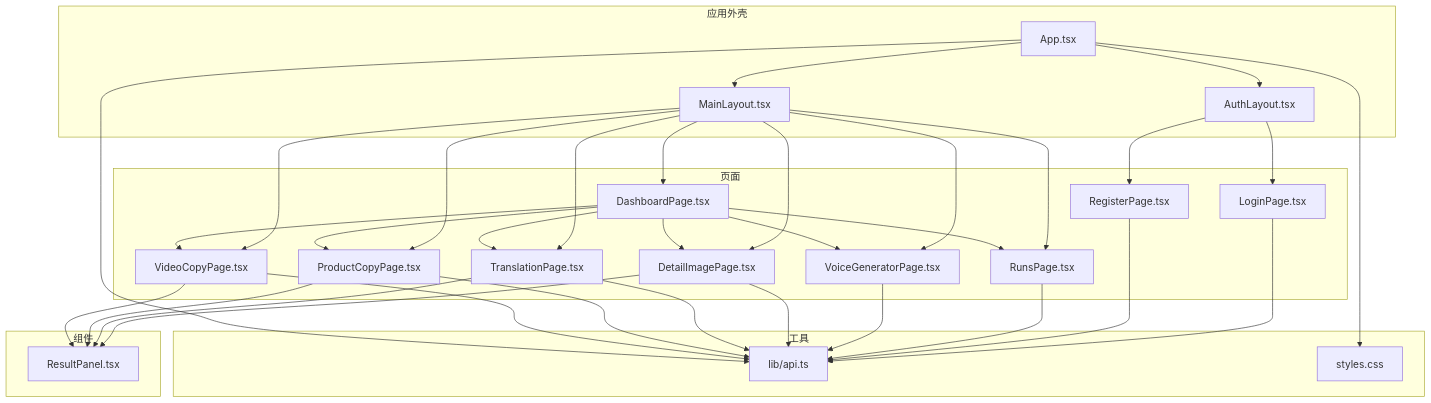
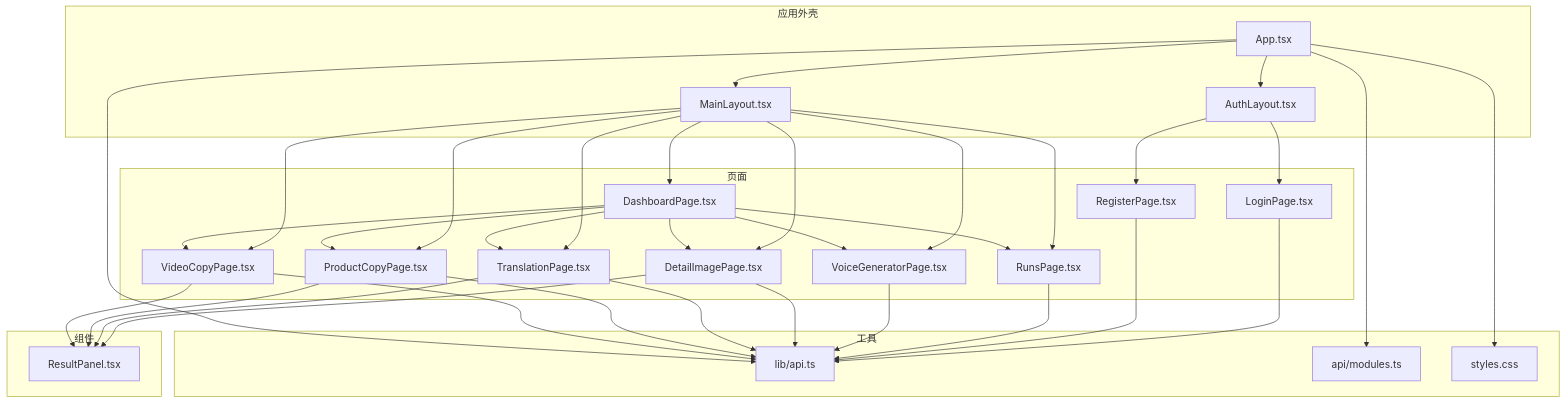
Before and after one commit to hanksd769-droid/sailshub: the first of 13 diagrams in .qoder/repowiki/zh/content/前端组件架构/页面组件/页面组件.md, drawn with Mermaid. The commit also changed other lines of this file and 10 other files, not shown here.

````diff
--- a/.qoder/repowiki/zh/content/前端组件架构/页面组件/页面组件.md
+++ b/.qoder/repowiki/zh/content/前端组件架构/页面组件/页面组件.md
@@ -45,57 +47,59 @@
 ```mermaid
 graph TB
 subgraph "应用外壳"
 APP["App.tsx"]
 AUTHL["AuthLayout.tsx"]
 MAINL["MainLayout.tsx"]
 end
 subgraph "页面"
 DASH["DashboardPage.tsx"]
 LOGIN["LoginPage.tsx"]
 REG["RegisterPage.tsx"]
 RUNS["RunsPage.tsx"]
 VOICE["VoiceGeneratorPage.tsx"]
 DETAIL["DetailImagePage.tsx"]
 TRANS["TranslationPage.tsx"]
 PCOPY["ProductCopyPage.tsx"]
 VIDEO["VideoCopyPage.tsx"]
 end
 subgraph "组件"
 RESULTP["ResultPanel.tsx"]
 end
 subgraph "工具"
 API["lib/api.ts"]
+MODULES["api/modules.ts"]
 STY["styles.css"]
 end
 APP --> AUTHL
 APP --> MAINL
 MAINL --> DASH
 MAINL --> RUNS
 MAINL --> DETAIL
 MAINL --> TRANS
 MAINL --> PCOPY
 MAINL --> VIDEO
 MAINL --> VOICE
 AUTHL --> LOGIN
 AUTHL --> REG
 DASH --> RUNS
 DASH --> DETAIL
 DASH --> TRANS
 DASH --> PCOPY
 DASH --> VIDEO
 DASH --> VOICE
 DETAIL --> RESULTP
 TRANS --> RESULTP
 PCOPY --> RESULTP
 VIDEO --> RESULTP
 LOGIN --> API
 REG --> API
 RUNS --> API
 VOICE --> API
 DETAIL --> API
 TRANS --> API
 PCOPY --> API
 VIDEO --> API
 APP --> API
+APP --> MODULES
 APP --> STY
 ```
````
